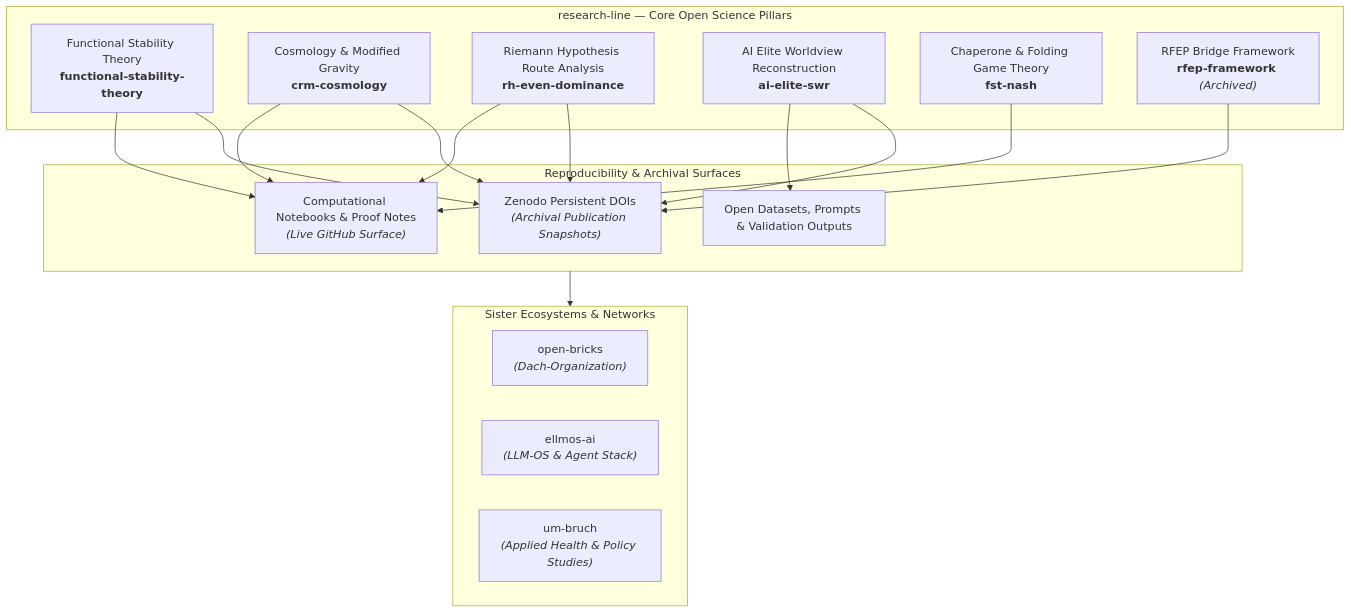
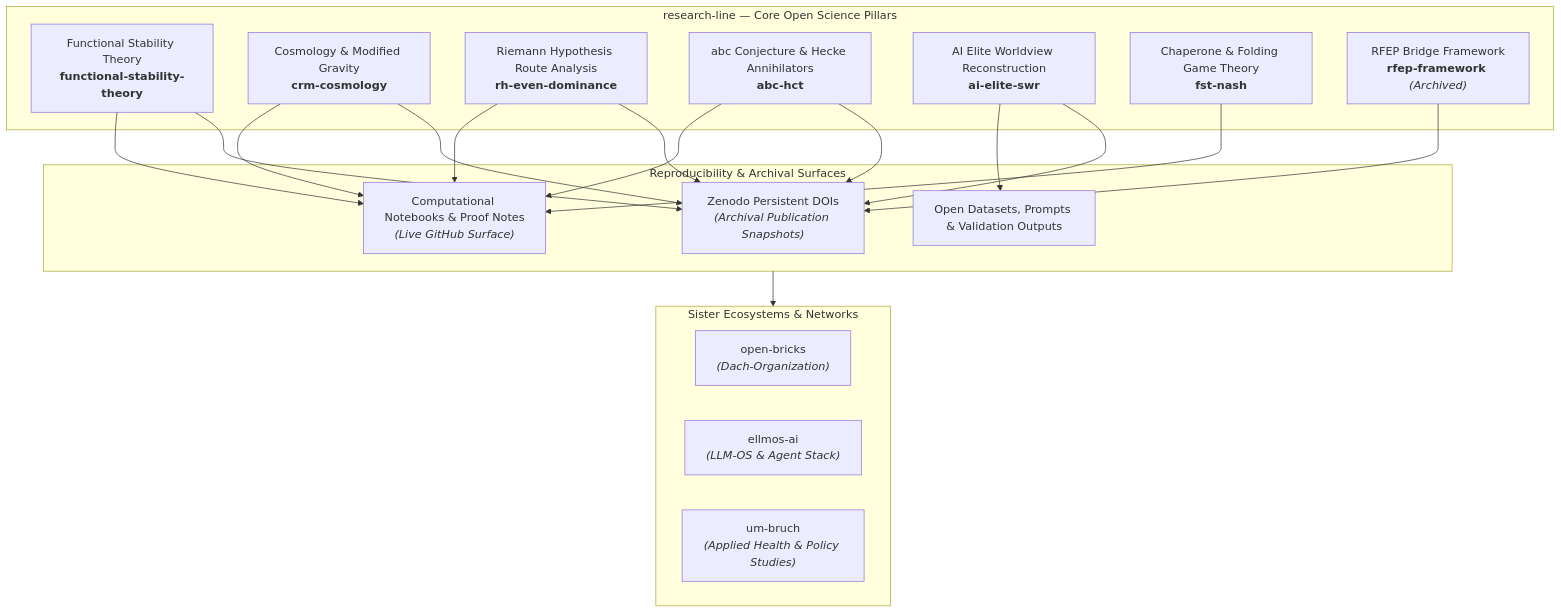
The diagram in profile/README.md (research-line/.github), drawn with Mermaid before and after one commit. The commit also changed other lines of this file and 7 other files, not shown here.

Commit message:
docs(profile): update research-line org profile, activity index, abc-hct, and llms.txt [2026-08-23]

````diff
--- a/profile/README.md
+++ b/profile/README.md
@@ -33,32 +35,34 @@
 ```mermaid
 flowchart TD
     subgraph Research_Pillars["research-line — Core Open Science Pillars"]
         FST["Functional Stability Theory<br/><b>functional-stability-theory</b>"]
         CRM["Cosmology & Modified Gravity<br/><b>crm-cosmology</b>"]
         RH["Riemann Hypothesis Route Analysis<br/><b>rh-even-dominance</b>"]
+        HCT["abc Conjecture & Hecke Annihilators<br/><b>abc-hct</b>"]
         SWR["AI Elite Worldview Reconstruction<br/><b>ai-elite-swr</b>"]
         FST_NASH["Chaperone & Folding Game Theory<br/><b>fst-nash</b>"]
         RFEP["RFEP Bridge Framework<br/><b>rfep-framework</b> <i>(Archived)</i>"]
     end
 
     subgraph Outputs["Reproducibility & Archival Surfaces"]
         Zenodo["Zenodo Persistent DOIs<br/><i>(Archival Publication Snapshots)</i>"]
         Notebooks["Computational Notebooks & Proof Notes<br/><i>(Live GitHub Surface)</i>"]
         Data["Open Datasets, Prompts & Validation Outputs"]
     end
 
     subgraph Sister_Ecosystems["Sister Ecosystems & Networks"]
         OpenBricks["open-bricks<br/><i>(Dach-Organization)</i>"]
         EllmosAI["ellmos-ai<br/><i>(LLM-OS & Agent Stack)</i>"]
         UmBruch["um-bruch<br/><i>(Applied Health & Policy Studies)</i>"]
     end
 
     FST --> Notebooks & Zenodo
     CRM --> Notebooks & Zenodo
     RH --> Notebooks & Zenodo
+    HCT --> Notebooks & Zenodo
     SWR --> Data & Zenodo
     FST_NASH --> Notebooks
     RFEP --> Zenodo
 
     Outputs --> Sister_Ecosystems
 ```
````
